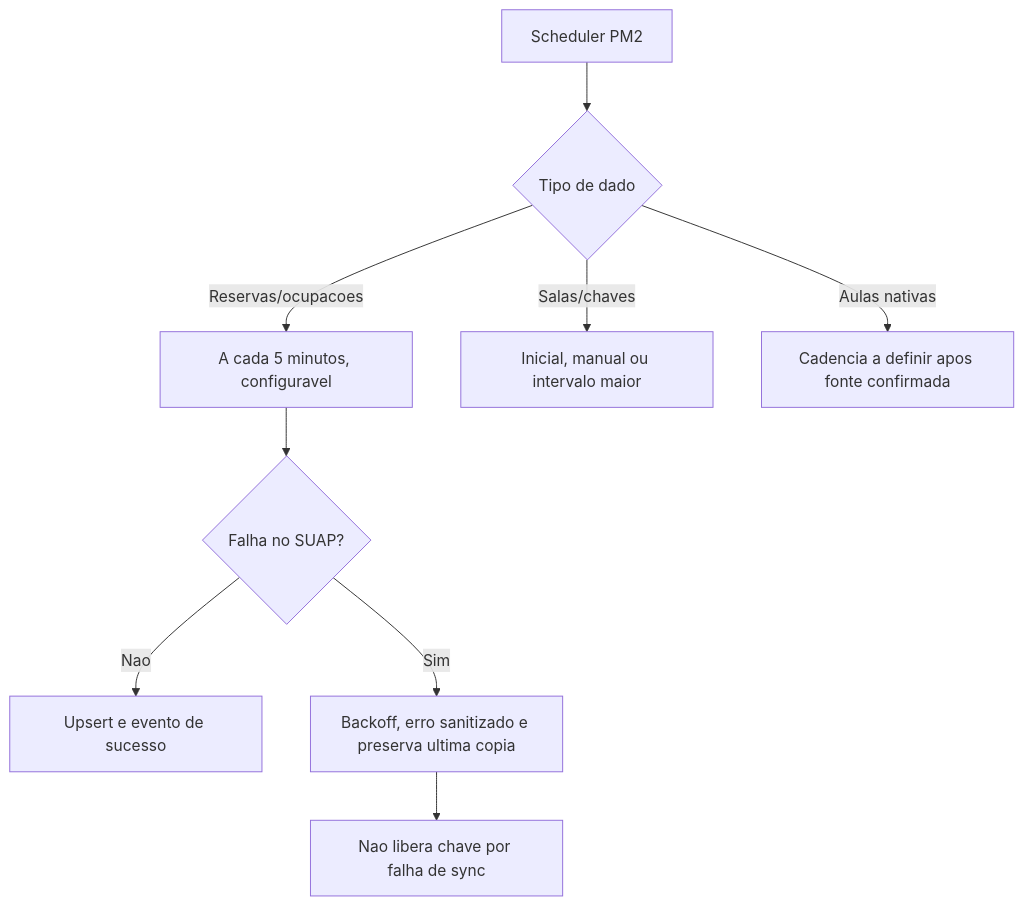
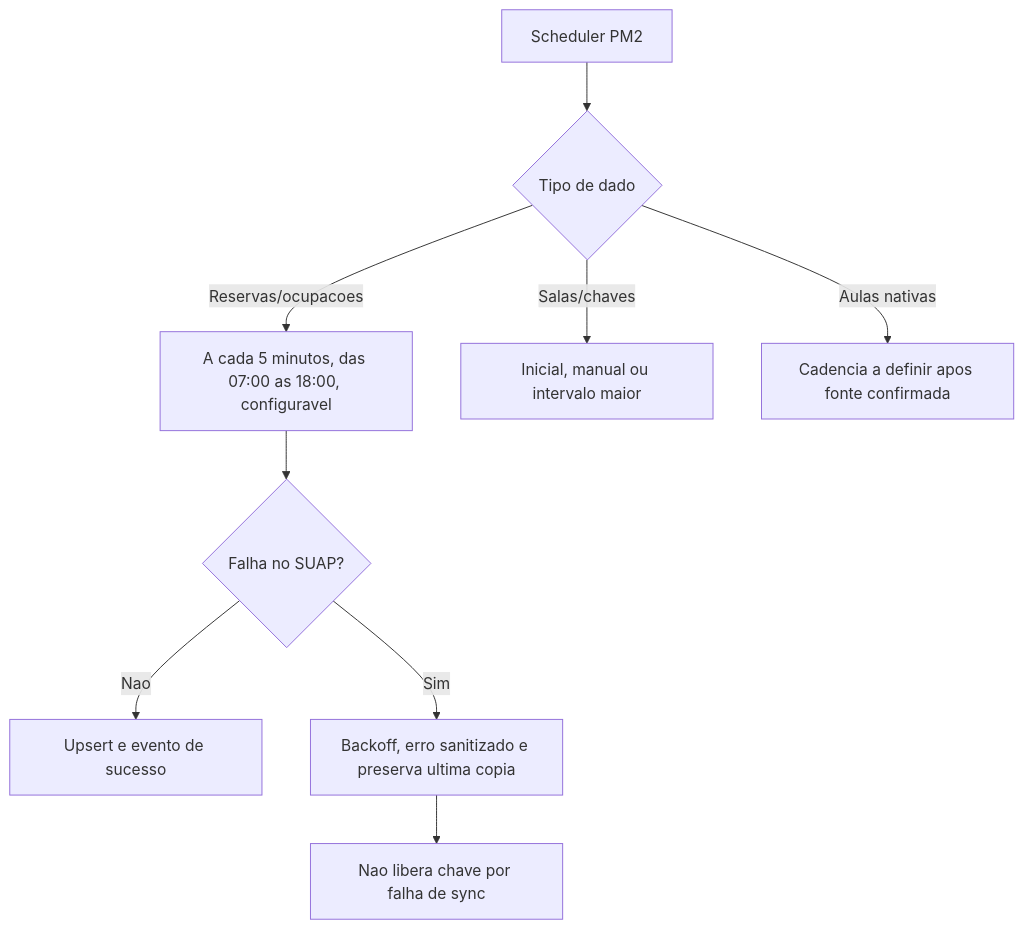
Before and after one commit to jacsonlinux/chaveiro-ifbaps: the sixth of 15 diagrams in docs/diagramas.md, drawn with Mermaid. The commit also changed 11 other files, not shown here.

````diff
--- a/docs/diagramas.md
+++ b/docs/diagramas.md
@@ -136,11 +136,11 @@
 ```mermaid
 flowchart TD
     A[Scheduler PM2] --> B{Tipo de dado}
-    B -->|Reservas/ocupacoes| C[A cada 5 minutos, configuravel]
+    B -->|Reservas/ocupacoes| C[A cada 5 minutos, das 07:00 as 18:00, configuravel]
     B -->|Salas/chaves| D[Inicial, manual ou intervalo maior]
     B -->|Aulas nativas| E[Cadencia a definir apos fonte confirmada]
     C --> F{Falha no SUAP?}
     F -->|Nao| G[Upsert e evento de sucesso]
     F -->|Sim| H[Backoff, erro sanitizado e preserva ultima copia]
     H --> I[Nao libera chave por falha de sync]
 ```
````
